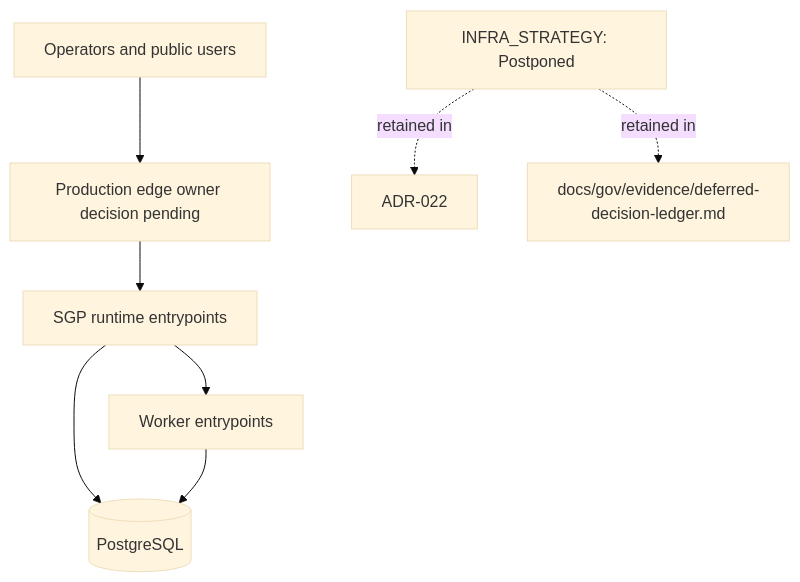
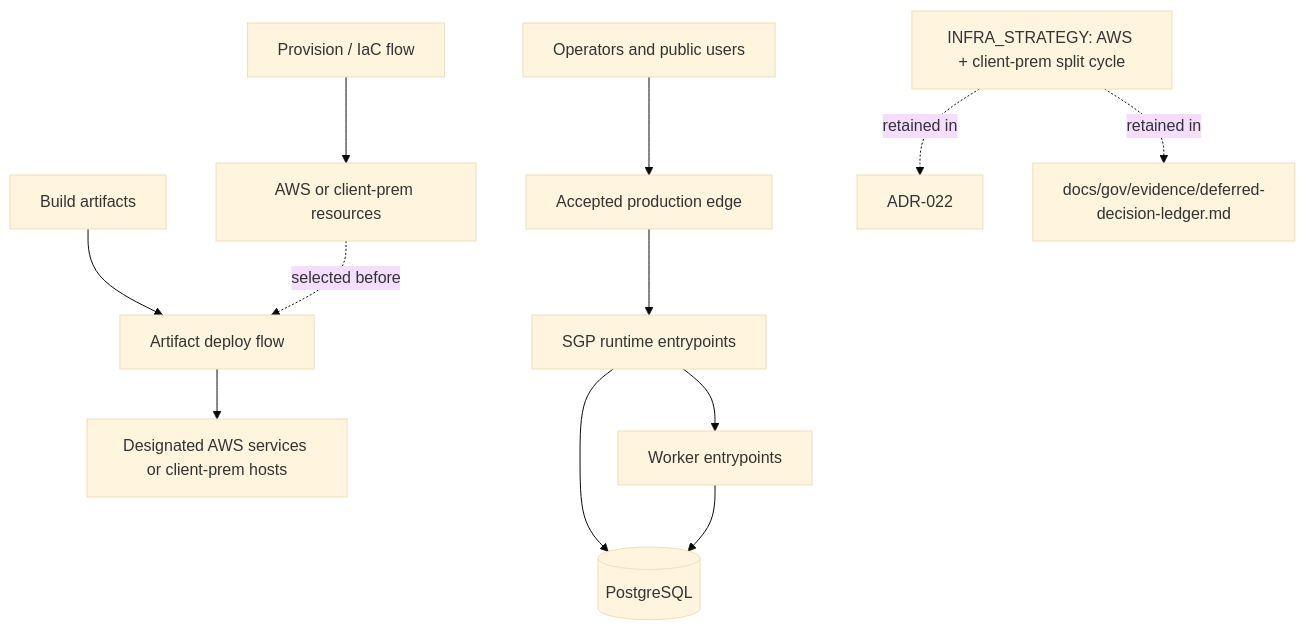
The fourth of 4 diagrams in docs/eng/architecture.md (aarusso-nyx/sgp), drawn with Mermaid (base theme) before and after one commit. The commit also changed other lines of this file and 42 other files, not shown here.

````diff
--- a/docs/eng/architecture.md
+++ b/docs/eng/architecture.md
@@ -123,10 +133,14 @@
 ```mermaid
 flowchart TB
-  Users[Operators and public users] --> Edge[Production edge owner decision pending]
+  Provision[Provision / IaC flow] --> Resources[AWS or client-prem resources]
+  Build[Build artifacts] --> Deploy[Artifact deploy flow]
+  Deploy --> Targets[Designated AWS services or client-prem hosts]
+  Users[Operators and public users] --> Edge[Accepted production edge]
   Edge --> Api[SGP runtime entrypoints]
   Api --> Db[(PostgreSQL)]
   Api --> Workers[Worker entrypoints]
   Workers --> Db
-  Infra[INFRA_STRATEGY: Postponed] -. retained in .-> ADR[ADR-022]
+  Resources -. selected before .-> Deploy
+  Infra[INFRA_STRATEGY: AWS + client-prem split cycle] -. retained in .-> ADR[ADR-022]
   Infra -. retained in .-> Ledger[docs/gov/evidence/deferred-decision-ledger.md]
 ```
````
